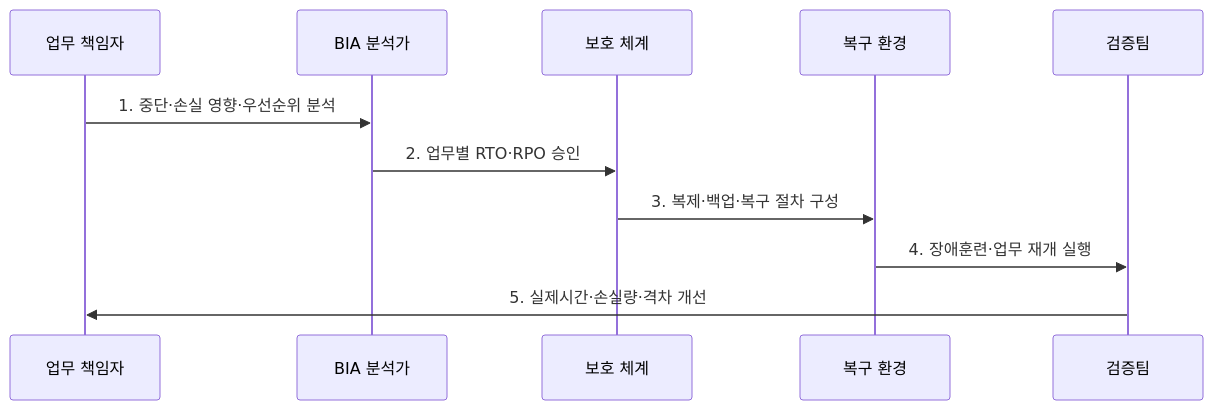
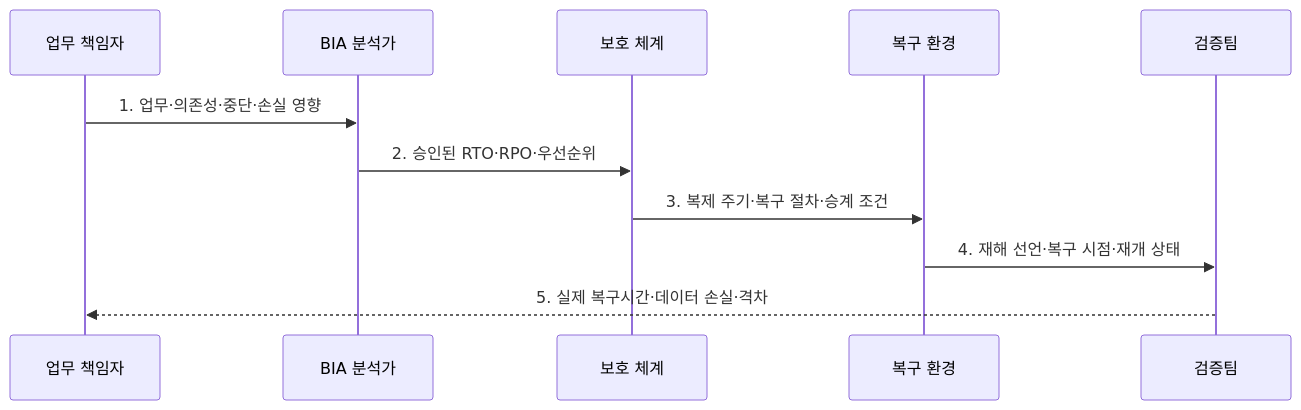
One commit to agnusdei1207/knowledge-base changed the second of 2 diagrams in src/content/docs/notes/06-evaluation/020_rto_rpo.md. Above: the diagram before and after it, drawn with Mermaid. The commit also changed other lines of this file and 20 other files, not shown here.

````diff
--- a/src/content/docs/notes/06-evaluation/020_rto_rpo.md
+++ b/src/content/docs/notes/06-evaluation/020_rto_rpo.md
@@ -87,13 +87,13 @@
 ```mermaid
 sequenceDiagram
   participant O as 업무 책임자
   participant A as BIA 분석가
   participant B as 보호 체계
   participant R as 복구 환경
   participant V as 검증팀
-  O->>A: 1. 중단·손실 영향·우선순위 분석
-  A->>B: 2. 업무별 RTO·RPO 승인
-  B->>R: 3. 복제·백업·복구 절차 구성
-  R->>V: 4. 장애훈련·업무 재개 실행
-  V->>O: 5. 실제시간·손실량·격차 개선
+  O->>A: 1. 업무·의존성·중단·손실 영향
+  A->>B: 2. 승인된 RTO·RPO·우선순위
+  B->>R: 3. 복제 주기·복구 절차·승계 조건
+  R->>V: 4. 재해 선언·복구 시점·재개 상태
+  V-->>O: 5. 실제 복구시간·데이터 손실·격차
 ```
````
